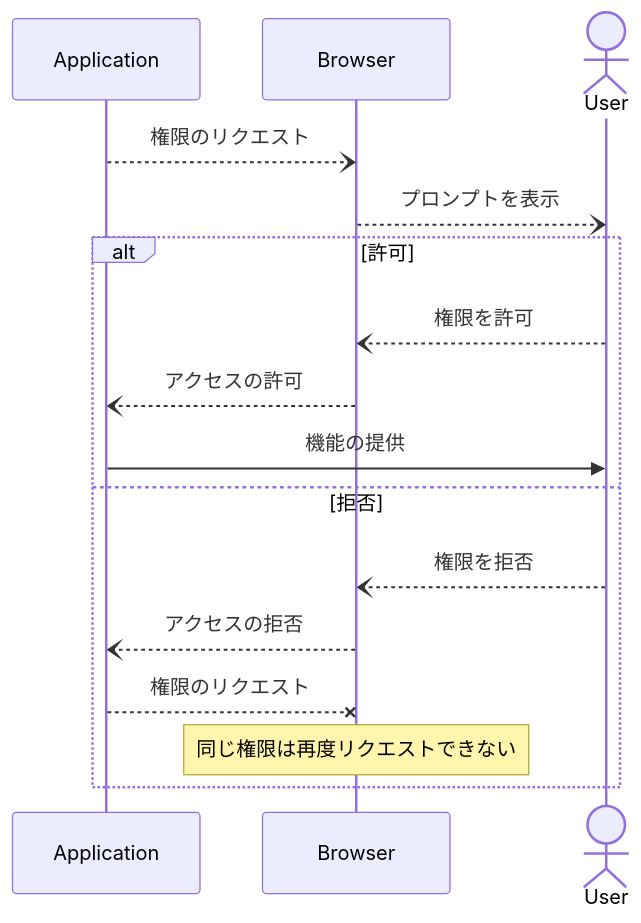
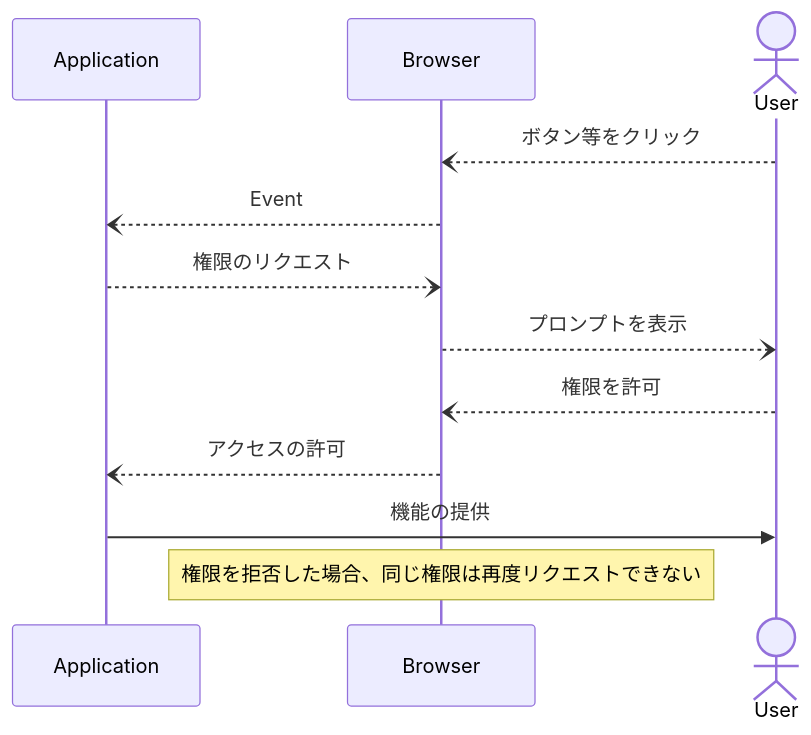
One commit to ken7253/slide changed the first of 2 diagrams in pepc/slides.md. Above: the diagram before and after it, drawn with Mermaid. The commit also changed other lines of this file, not shown here.

````diff
--- a/pepc/slides.md
+++ b/pepc/slides.md
@@ -107,19 +107,15 @@
 ```mermaid
 sequenceDiagram
     participant Application
     participant Browser
     Actor User
+    User --)Browser: ボタン等をクリック
+    Browser--)Application: Event
     Application--)Browser: 権限のリクエスト
     Browser--)User: プロンプトを表示
 
-    alt 許可
     User--)Browser:権限を許可
     Browser--)Application: アクセスの許可
     Application->>User: 機能の提供
-    else 拒否
-    User--)Browser:権限を拒否
-    Browser--)Application: アクセスの拒否
-    Application--xBrowser: 権限のリクエスト
-    Note over Browser: 同じ権限は再度リクエストできない
-    end
+    Note over Browser: 権限を拒否した場合、同じ権限は再度リクエストできない
 ```
````
